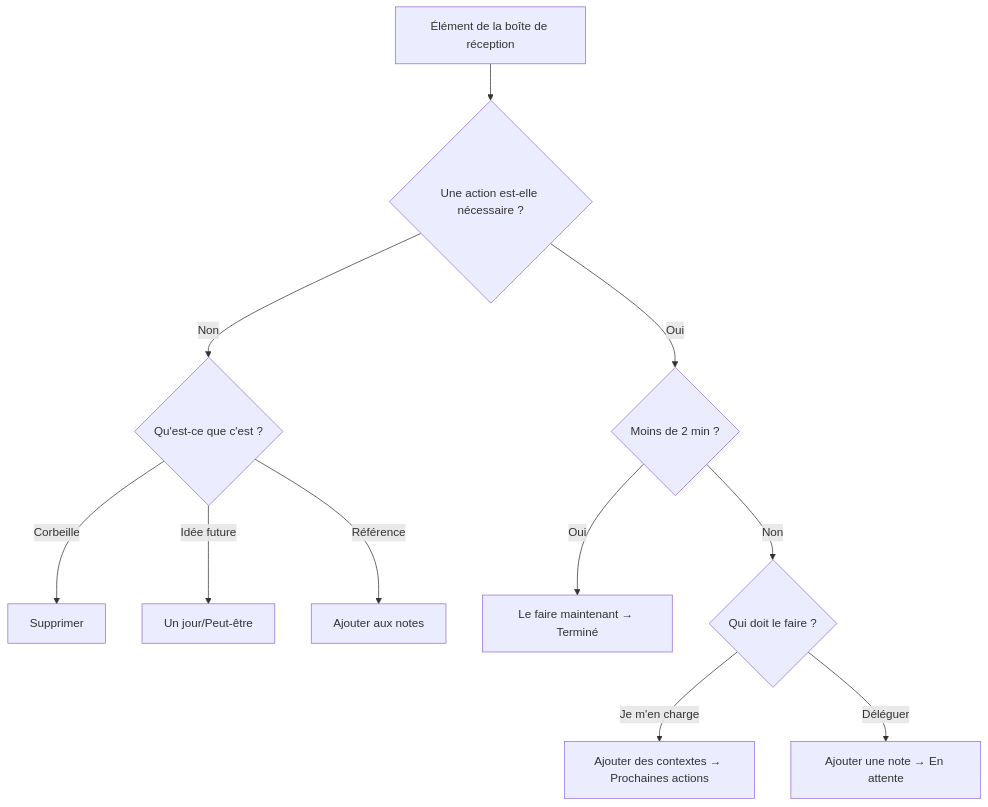
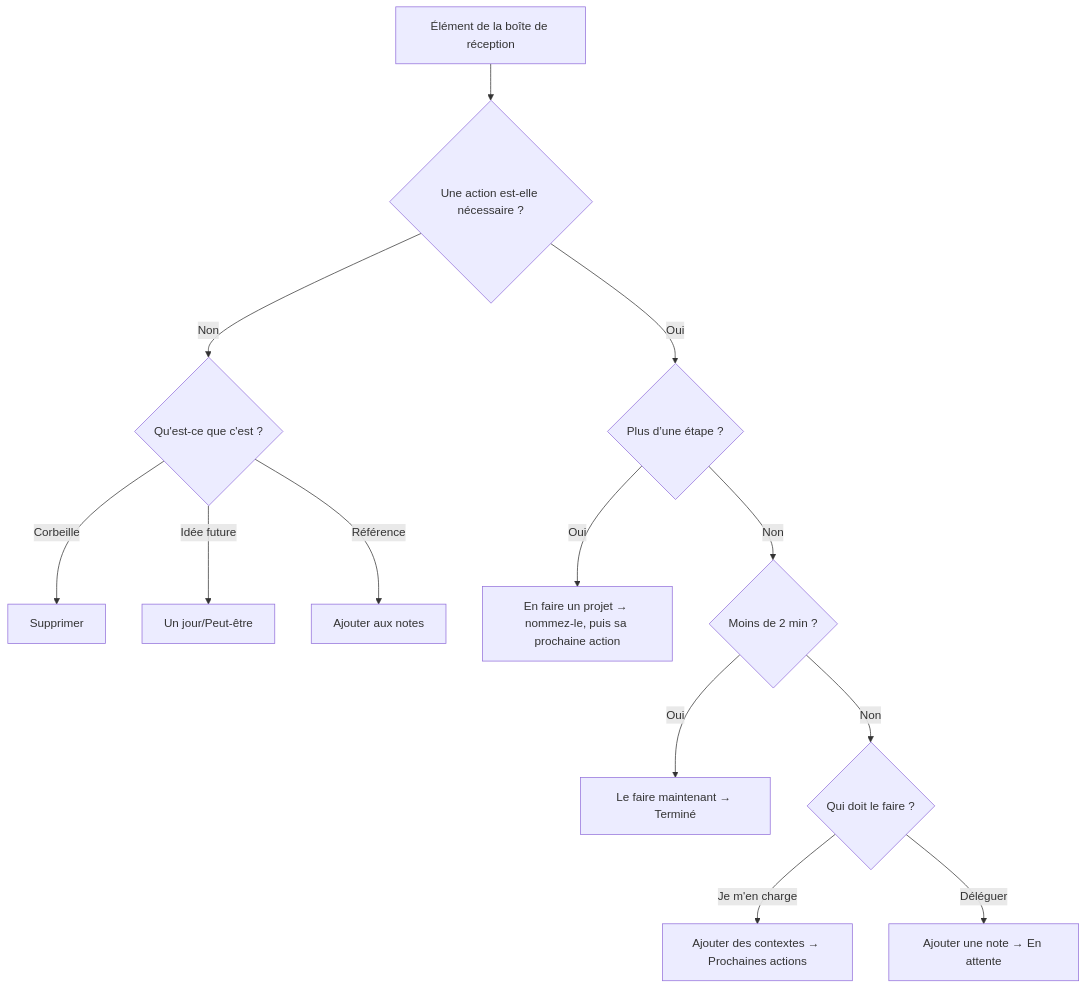
One commit to dongdongbh/mindwtr-web changed the diagram in docs/fr/use/gtd-workflow.md. Above: the diagram before and after it, drawn with Mermaid. The commit also changed other lines of this file and 5 other files, not shown here.

Commit message:
docs(gtd): show the multi-step project branch in the clarify flow and add a worked two-step example

````diff
--- a/docs/fr/use/gtd-workflow.md
+++ b/docs/fr/use/gtd-workflow.md
@@ -72,13 +72,15 @@
 ```mermaid
 flowchart TD
     A[Élément de la boîte de réception] --> B{Une action est-elle nécessaire ?}
     B -->|Non| C{Qu'est-ce que c'est ?}
     C -->|Corbeille| D[Supprimer]
     C -->|Idée future| E[Un jour/Peut-être]
     C -->|Référence| F[Ajouter aux notes]
-    B -->|Oui| G{Moins de 2 min ?}
+    B -->|Oui| P{Plus d’une étape ?}
+    P -->|Oui| Q[En faire un projet → nommez-le, puis sa prochaine action]
+    P -->|Non| G{Moins de 2 min ?}
     G -->|Oui| H[Le faire maintenant → Terminé]
     G -->|Non| I{Qui doit le faire ?}
     I -->|Je m'en charge| J[Ajouter des contextes → Prochaines actions]
     I -->|Déléguer| K[Ajouter une note → En attente]
 ```
````
